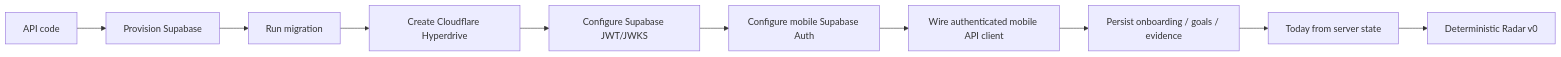
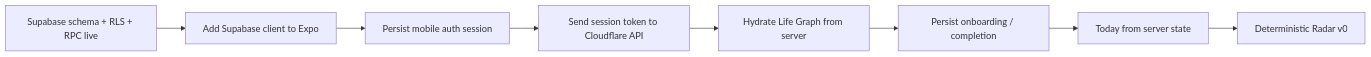
Before and after one commit to seq23/aplayer-mode: the third of 3 diagrams in docs/13-IMPLEMENTATION-STATUS.md, drawn with Mermaid. The commit also changed other lines of this file, not shown here.

Commit message:
docs: record live Supabase Free backend baseline

````diff
--- a/docs/13-IMPLEMENTATION-STATUS.md
+++ b/docs/13-IMPLEMENTATION-STATUS.md
@@ -131,12 +135,10 @@
 ```mermaid
 flowchart LR
-  A[API code] --> B[Provision Supabase]
-  B --> C[Run migration]
-  C --> D[Create Cloudflare Hyperdrive]
-  D --> E[Configure Supabase JWT/JWKS]
-  E --> F[Configure mobile Supabase Auth]
-  F --> G[Wire authenticated mobile API client]
-  G --> H[Persist onboarding / goals / evidence]
-  H --> I[Today from server state]
-  I --> J[Deterministic Radar v0]
+  A[Supabase schema + RLS + RPC live] --> B[Add Supabase client to Expo]
+  B --> C[Persist mobile auth session]
+  C --> D[Send session token to Cloudflare API]
+  D --> E[Hydrate Life Graph from server]
+  E --> F[Persist onboarding / completion]
+  F --> G[Today from server state]
+  G --> H[Deterministic Radar v0]
 ```
````
